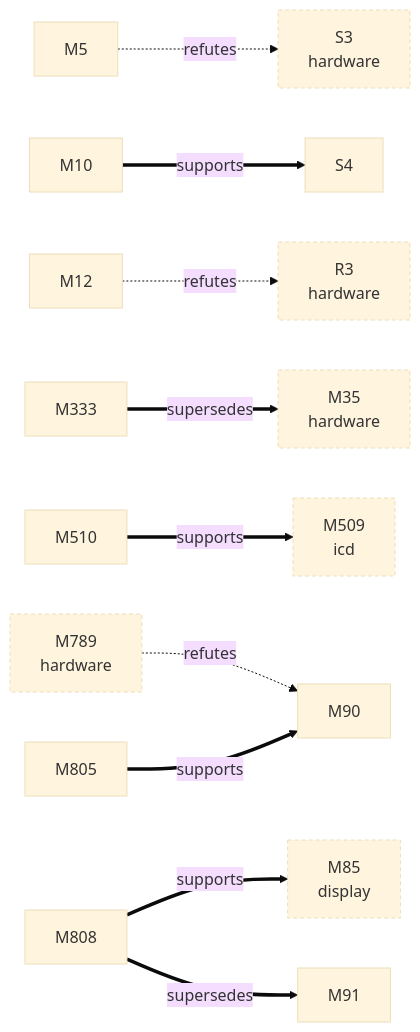
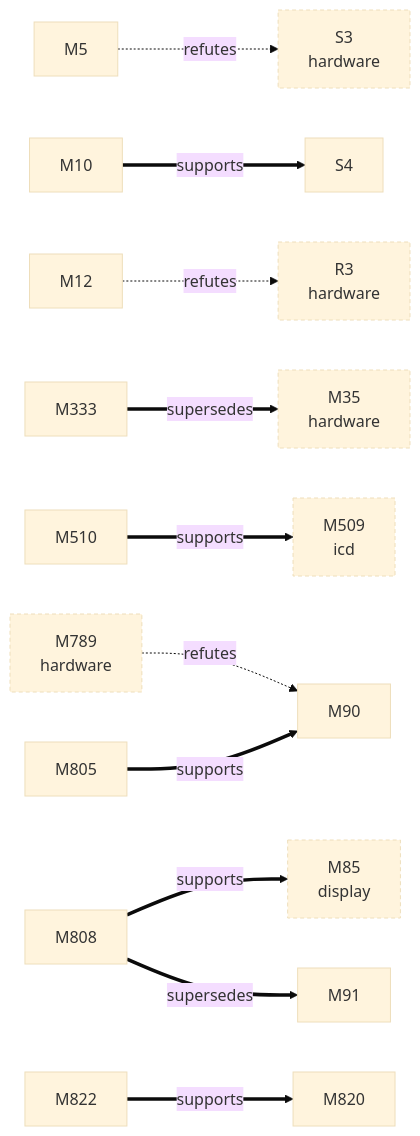
The first of 2 diagrams in docs/facts/graphs/linux.md (D-Ogi/amdgpu-wddm), drawn with Mermaid (base theme) before and after one commit. The commit also changed other lines of this file and 83 other files, not shown here.

````diff
--- a/docs/facts/graphs/linux.md
+++ b/docs/facts/graphs/linux.md
@@ -9,30 +9,33 @@
 ```mermaid
 flowchart LR
   M5["M5"]
   M10["M10"]
   M12["M12"]
   M35["M35<br/>hardware"]
   M85["M85<br/>display"]
   M90["M90"]
   M91["M91"]
   M333["M333"]
   M509["M509<br/>icd"]
   M510["M510"]
   M789["M789<br/>hardware"]
   M805["M805"]
   M808["M808"]
+  M820["M820"]
+  M822["M822"]
   S3["S3<br/>hardware"]
   S4["S4"]
   R3["R3<br/>hardware"]
   M789 -.->|refutes| M90
   M5 -.->|refutes| S3
   M10 ==>|supports| S4
   M12 -.->|refutes| R3
   M333 ==>|supersedes| M35
   M510 ==>|supports| M509
   M805 ==>|supports| M90
   M808 ==>|supports| M85
   M808 ==>|supersedes| M91
+  M822 ==>|supports| M820
   classDef other stroke-dasharray:4 3
   class M35,M85,M509,M789,S3,R3 other
 ```
````
